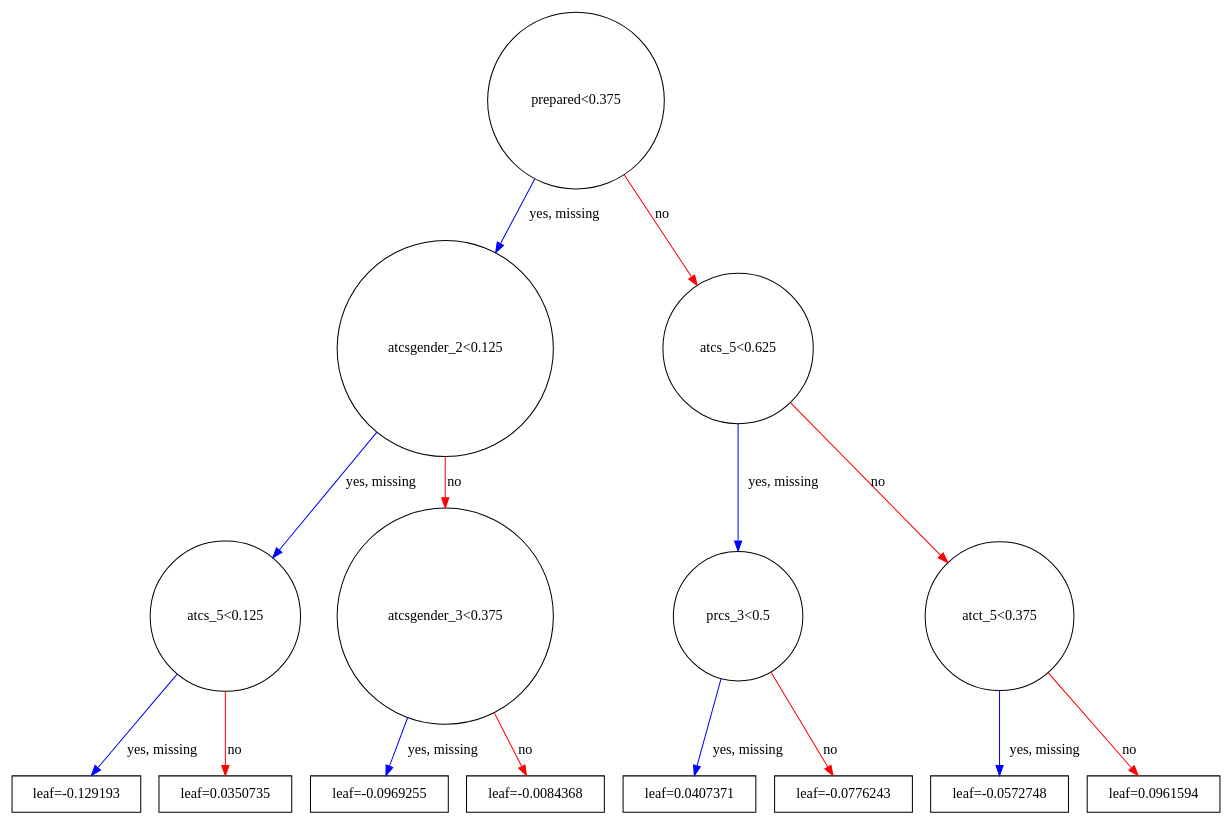
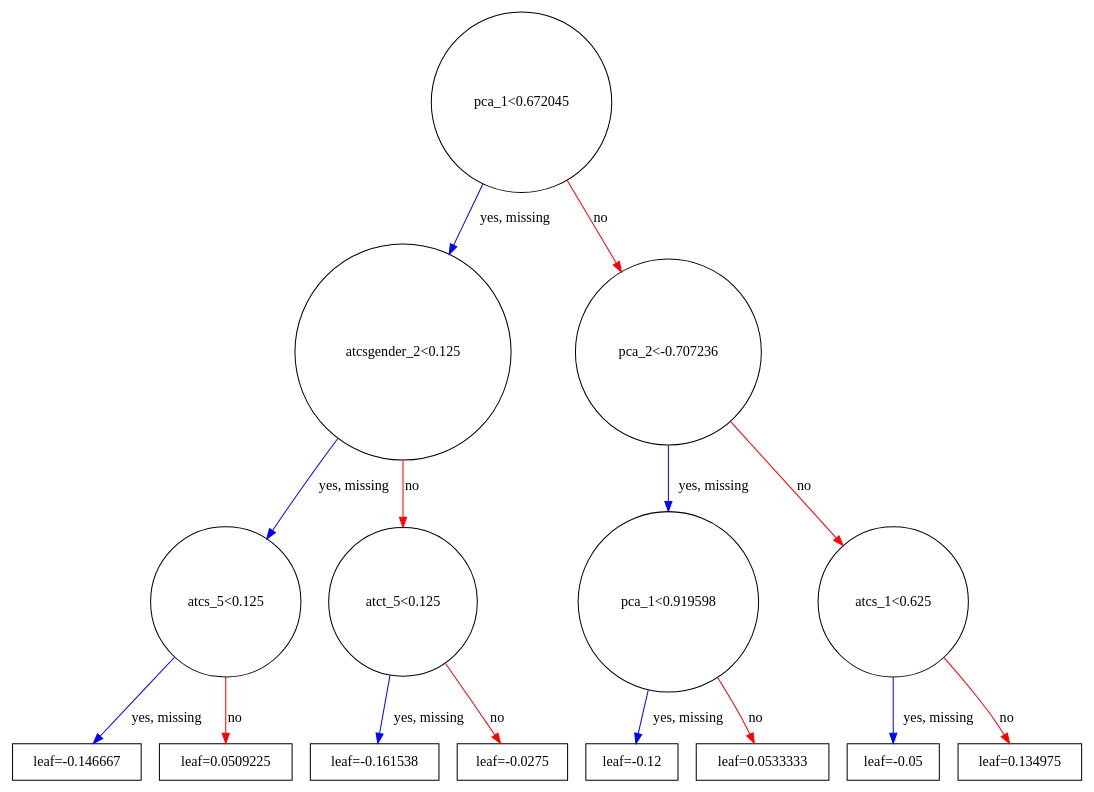
One commit to omoju/IntroCSExperiencePrediction changed the diagram in report/figures/graph.gv. Above: the diagram before and after it, drawn with Graphviz. The commit also changed 5 other files, not shown here.

```diff
--- a/report/figures/graph.gv
+++ b/report/figures/graph.gv
@@ -1,32 +1,32 @@
 digraph {
 	graph [rankdir=UT]
-		0 [label="prepared<0.375" shape=circle]
+		0 [label="pca_1<0.672045" shape=circle]
 			0 -> 1 [label="yes, missing" color="#0000FF"]
 			0 -> 2 [label=no color="#FF0000"]
 		1 [label="atcsgender_2<0.125" shape=circle]
 			1 -> 3 [label="yes, missing" color="#0000FF"]
 			1 -> 4 [label=no color="#FF0000"]
 		3 [label="atcs_5<0.125" shape=circle]
 			3 -> 7 [label="yes, missing" color="#0000FF"]
 			3 -> 8 [label=no color="#FF0000"]
-		7 [label="leaf=-0.129193" shape=box]
-		8 [label="leaf=0.0350735" shape=box]
-		4 [label="atcsgender_3<0.375" shape=circle]
+		7 [label="leaf=-0.146667" shape=box]
+		8 [label="leaf=0.0509225" shape=box]
+		4 [label="atct_5<0.125" shape=circle]
 			4 -> 9 [label="yes, missing" color="#0000FF"]
 			4 -> 10 [label=no color="#FF0000"]
-		9 [label="leaf=-0.0969255" shape=box]
-		10 [label="leaf=-0.0084368" shape=box]
-		2 [label="atcs_5<0.625" shape=circle]
+		9 [label="leaf=-0.161538" shape=box]
+		10 [label="leaf=-0.0275" shape=box]
+		2 [label="pca_2<-0.707236" shape=circle]
 			2 -> 5 [label="yes, missing" color="#0000FF"]
 			2 -> 6 [label=no color="#FF0000"]
-		5 [label="prcs_3<0.5" shape=circle]
+		5 [label="pca_1<0.919598" shape=circle]
 			5 -> 11 [label="yes, missing" color="#0000FF"]
 			5 -> 12 [label=no color="#FF0000"]
-		11 [label="leaf=0.0407371" shape=box]
-		12 [label="leaf=-0.0776243" shape=box]
-		6 [label="atct_5<0.375" shape=circle]
+		11 [label="leaf=-0.12" shape=box]
+		12 [label="leaf=0.0533333" shape=box]
+		6 [label="atcs_1<0.625" shape=circle]
 			6 -> 13 [label="yes, missing" color="#0000FF"]
 			6 -> 14 [label=no color="#FF0000"]
-		13 [label="leaf=-0.0572748" shape=box]
-		14 [label="leaf=0.0961594" shape=box]
+		13 [label="leaf=-0.05" shape=box]
+		14 [label="leaf=0.134975" shape=box]
 }
```
